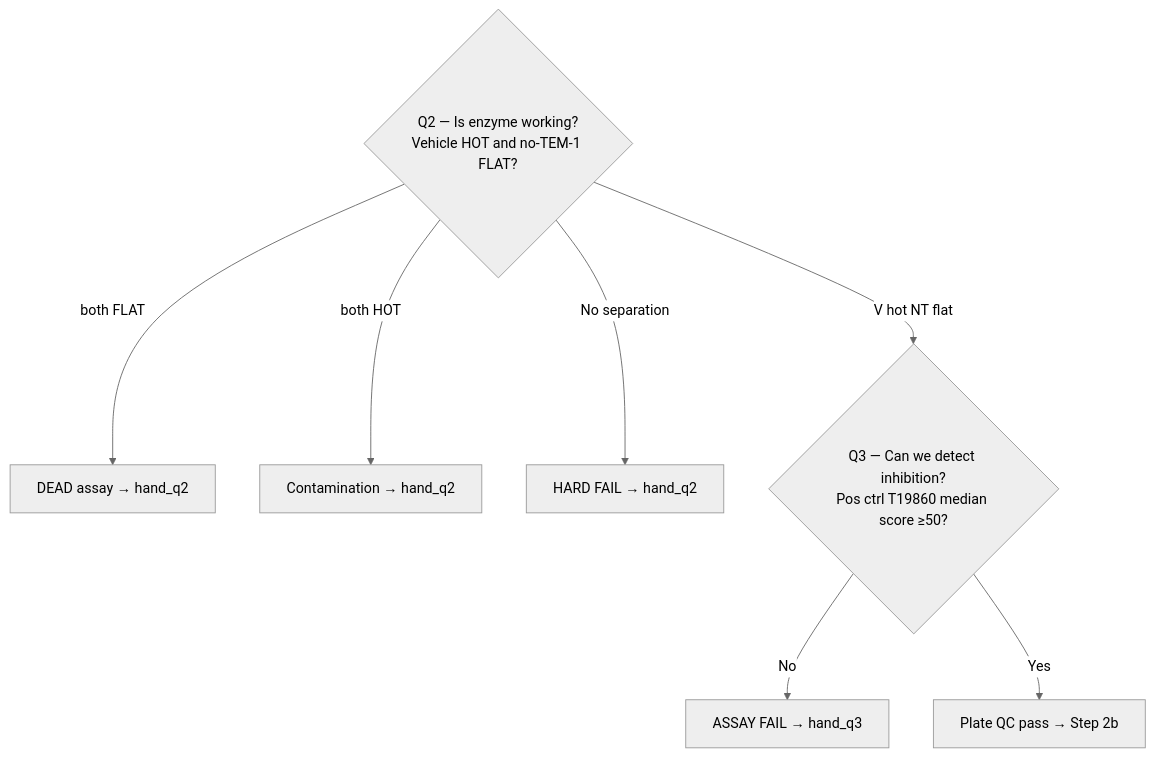
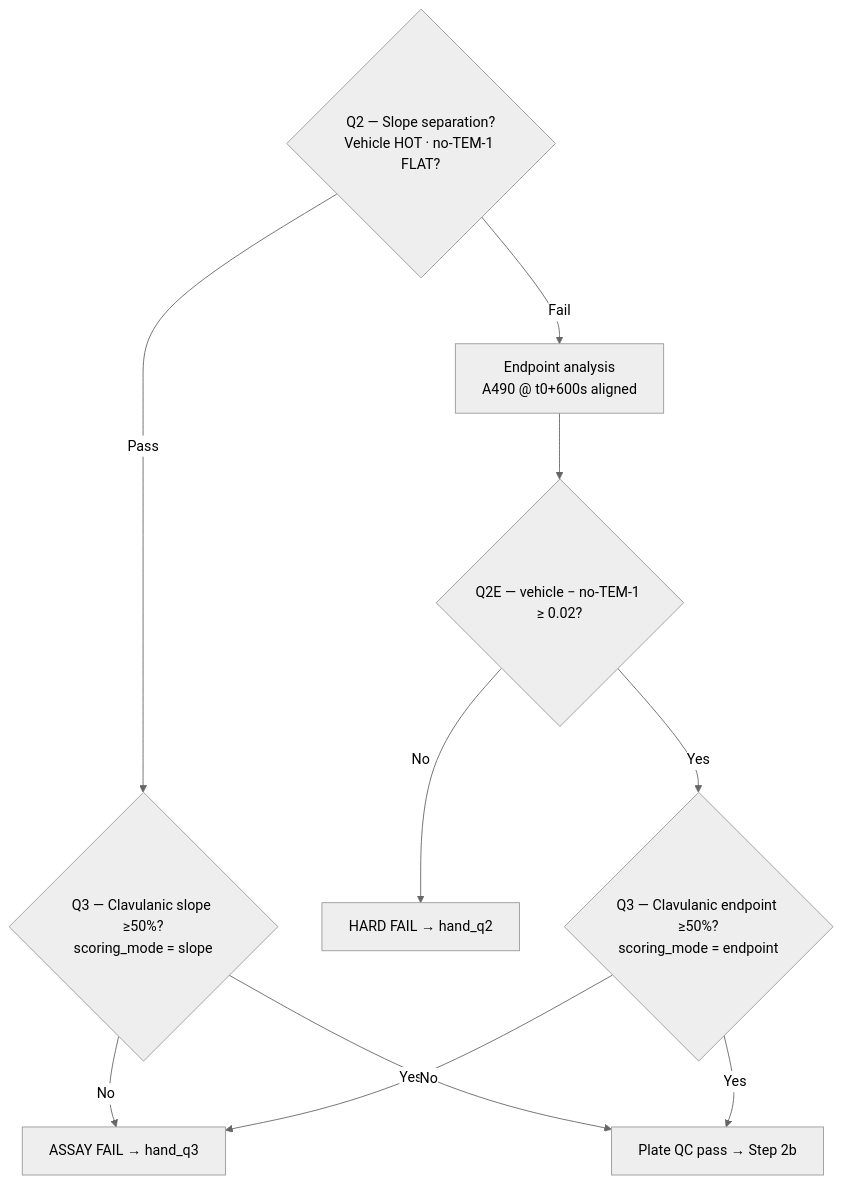
One commit to pvjthomas/beta-loop changed the fourth of 7 diagrams in pvjthomas/runs/2/v5/run2_decision_tree.md. Above: the diagram before and after it, drawn with Mermaid (neutral theme). The commit also changed other lines of this file and 37 other files, not shown here.

First line of the commit message:
Add endpoint fallback scoring and version Run 2 post-run analysis as v1/v2.

````diff
--- a/pvjthomas/runs/2/v5/run2_decision_tree.md
+++ b/pvjthomas/runs/2/v5/run2_decision_tree.md
@@ -261,10 +296,13 @@
 ```mermaid
 flowchart TD
-    Q2{"Q2 — Is enzyme working?<br/>Vehicle HOT and no-TEM-1 FLAT?"}
-    Q2 -->|both FLAT| FAIL_DEAD["DEAD assay → hand_q2"]
-    Q2 -->|both HOT| FAIL_CONTAM["Contamination → hand_q2"]
-    Q2 -->|No separation| FAIL1["HARD FAIL → hand_q2"]
-    Q2 -->|V hot NT flat| Q3{"Q3 — Can we detect inhibition?<br/>Pos ctrl T19860 median score ≥50?"}
-    Q3 -->|No| FAIL2["ASSAY FAIL → hand_q3"]
-    Q3 -->|Yes| PASS[Plate QC pass → Step 2b]
+    Q2{"Q2 — Slope separation?<br/>Vehicle HOT · no-TEM-1 FLAT?"}
+    Q2 -->|Pass| Q3S{"Q3 — Clavulanic slope ≥50%?<br/>scoring_mode = slope"}
+    Q2 -->|Fail| ENDPT["Endpoint analysis<br/>A490 @ t0+600s aligned"]
+    ENDPT --> Q2E{"Q2E — vehicle − no-TEM-1 ≥ 0.02?"}
+    Q2E -->|No| FAIL1["HARD FAIL → hand_q2"]
+    Q2E -->|Yes| Q3E{"Q3 — Clavulanic endpoint ≥50%?<br/>scoring_mode = endpoint"}
+    Q3S -->|No| FAIL2["ASSAY FAIL → hand_q3"]
+    Q3S -->|Yes| PASS[Plate QC pass → Step 2b]
+    Q3E -->|No| FAIL2
+    Q3E -->|Yes| PASS
 ```
````
